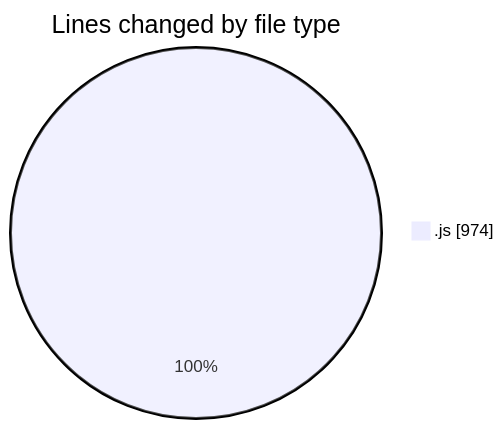
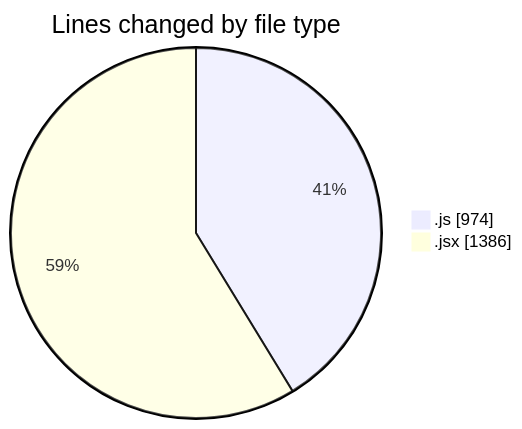
The first of 2 diagrams in 2025-12-05/nxtqube_webapp/README.md (nxtqubesakshisongat/code-tracking), drawn with Mermaid before and after one commit. The commit also changed other lines of this file and 1 other file, not shown here.

````diff
--- a/2025-12-05/nxtqube_webapp/README.md
+++ b/2025-12-05/nxtqube_webapp/README.md
@@ -20,5 +21,6 @@
 ```mermaid
 pie showData
 title Lines changed by file type
 ".js" : 974
+".jsx" : 1386
 ```
````
